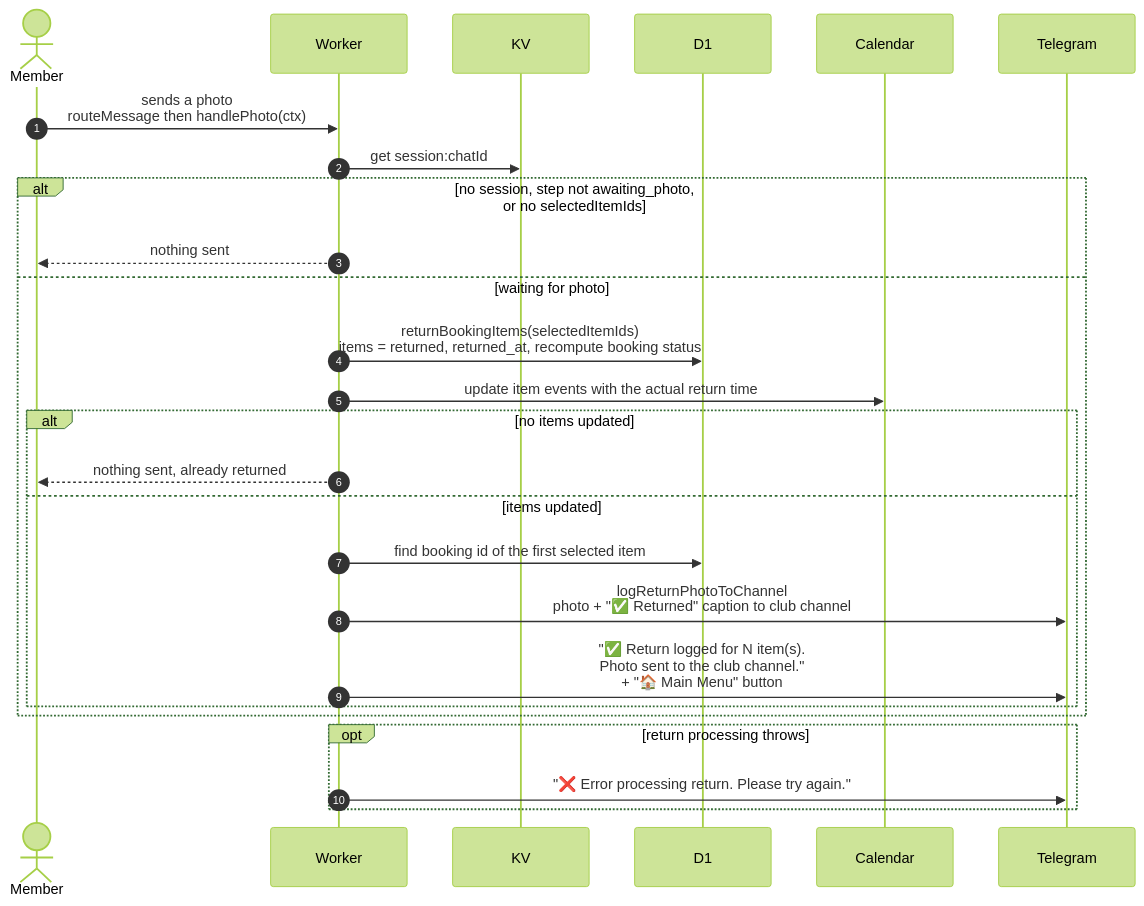
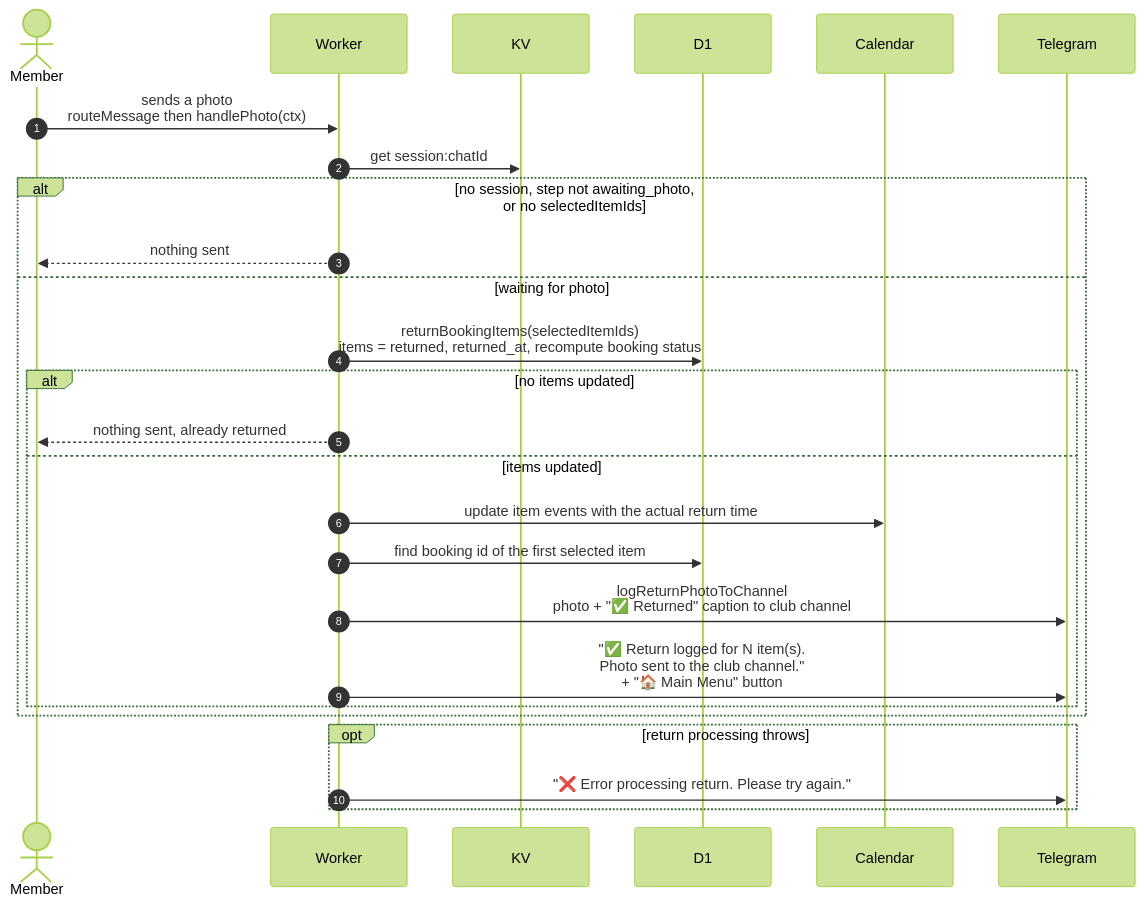
One commit to sagyzdop/meriksirat changed the diagram in docs/scenarios/telegram/return-photo.md. Above: the diagram before and after it, drawn with Mermaid (forest theme). The commit also changed other lines of this file and 13 other files, not shown here.

Commit message:
docs(scenarios): verify telegram diagrams against code

````diff
--- a/docs/scenarios/telegram/return-photo.md
+++ b/docs/scenarios/telegram/return-photo.md
@@ -29,28 +33,28 @@
 ```mermaid
 sequenceDiagram
     autonumber
     actor Member
     participant Worker
     participant KV
     participant D1
     participant Calendar
     participant Telegram
     Member->>Worker: sends a photo<br/>routeMessage then handlePhoto(ctx)
     Worker->>KV: get session:chatId
     alt no session, step not awaiting_photo,<br/>or no selectedItemIds
         Worker-->>Member: nothing sent
     else waiting for photo
         Worker->>D1: returnBookingItems(selectedItemIds)<br/>items = returned, returned_at, recompute booking status
-        Worker->>Calendar: update item events with the actual return time
         alt no items updated
             Worker-->>Member: nothing sent, already returned
         else items updated
+            Worker->>Calendar: update item events with the actual return time
             Worker->>D1: find booking id of the first selected item
             Worker->>Telegram: logReturnPhotoToChannel<br/>photo + "✅ Returned" caption to club channel
             Worker->>Telegram: "✅ Return logged for N item(s).<br/>Photo sent to the club channel."<br/>+ "🏠 Main Menu" button
         end
     end
     opt return processing throws
         Worker->>Telegram: "❌ Error processing return. Please try again."
     end
 ```
````
